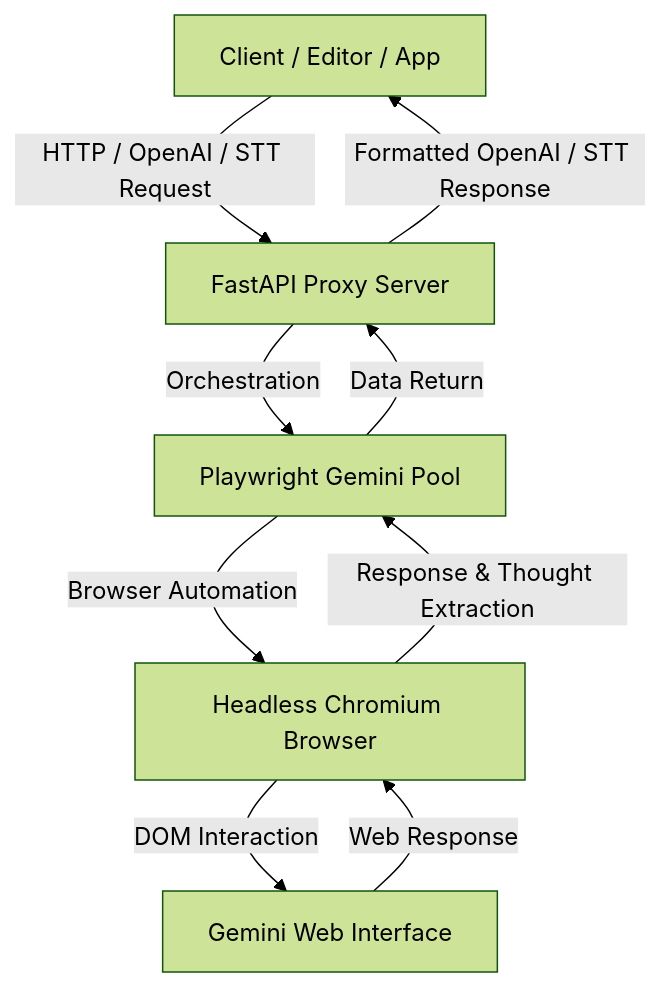
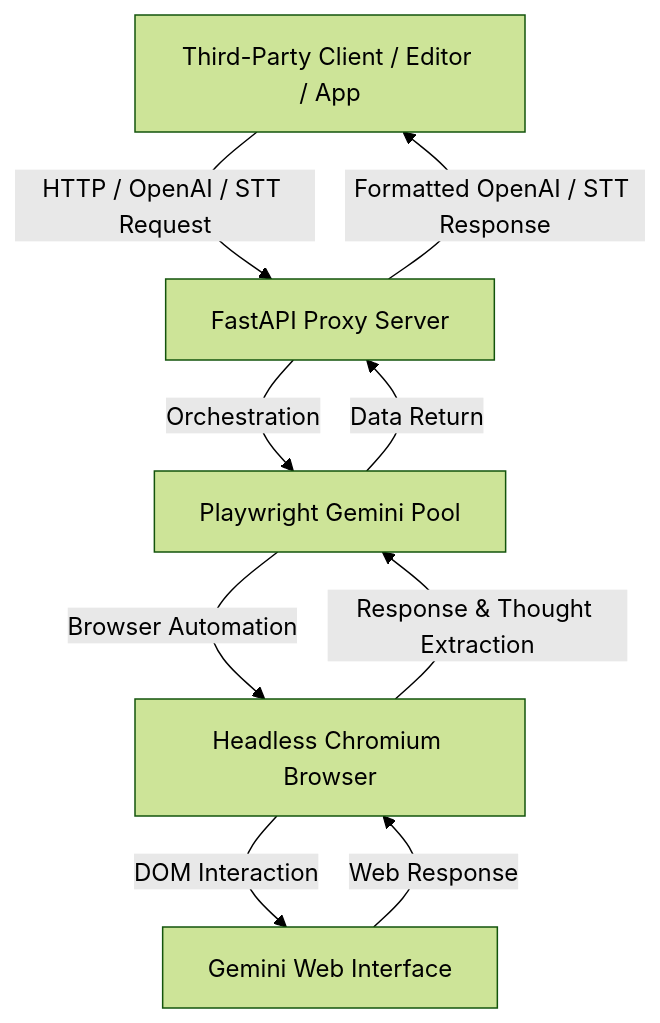
The diagram in README.md (leoplanello/Gemini-API-Wrapper), drawn with Mermaid (forest theme) before and after one commit. The commit also changed other lines of this file, not shown here.

````diff
--- a/README.md
+++ b/README.md
@@ -17,11 +26,11 @@
 ```mermaid
 graph TD
-    Client[Client / Editor / App] -->|HTTP / OpenAI / STT Request| FastAPI[FastAPI Proxy Server]
+    Client[Third-Party Client / Editor / App] -->|HTTP / OpenAI / STT Request| FastAPI[FastAPI Proxy Server]
     FastAPI -->|Orchestration| Pool[Playwright Gemini Pool]
     Pool -->|Browser Automation| Chromium[Headless Chromium Browser]
     Chromium -->|DOM Interaction| GeminiWeb[Gemini Web Interface]
     GeminiWeb -->|Web Response| Chromium
     Chromium -->|Response & Thought Extraction| Pool
     Pool -->|Data Return| FastAPI
     FastAPI -->|Formatted OpenAI / STT Response| Client
 ```
````
